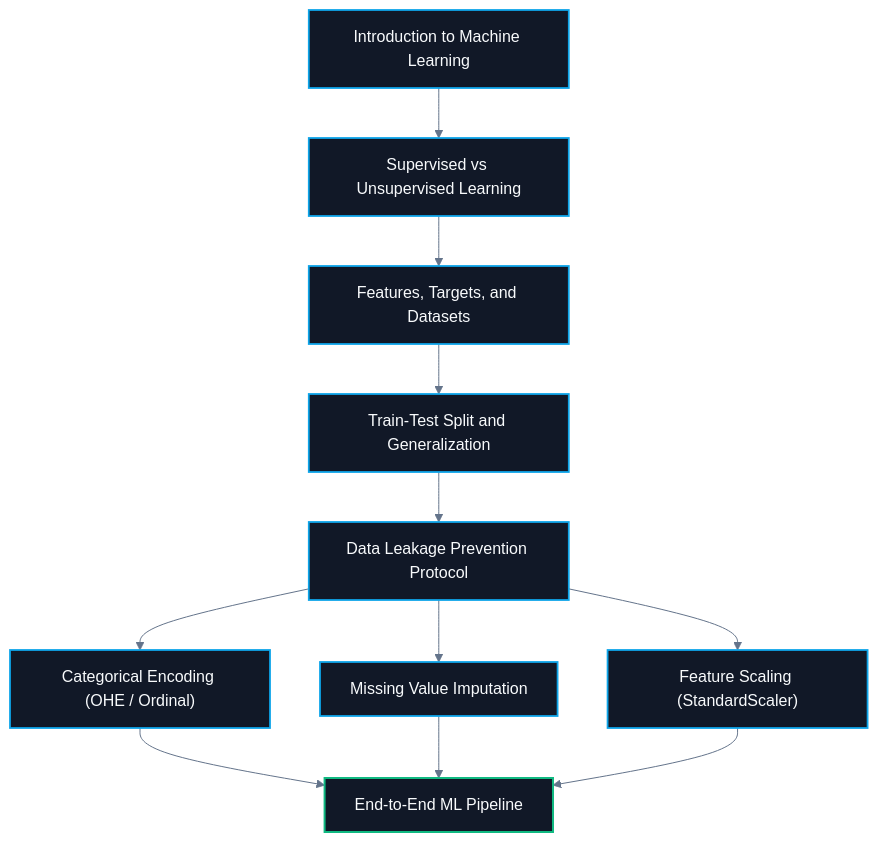
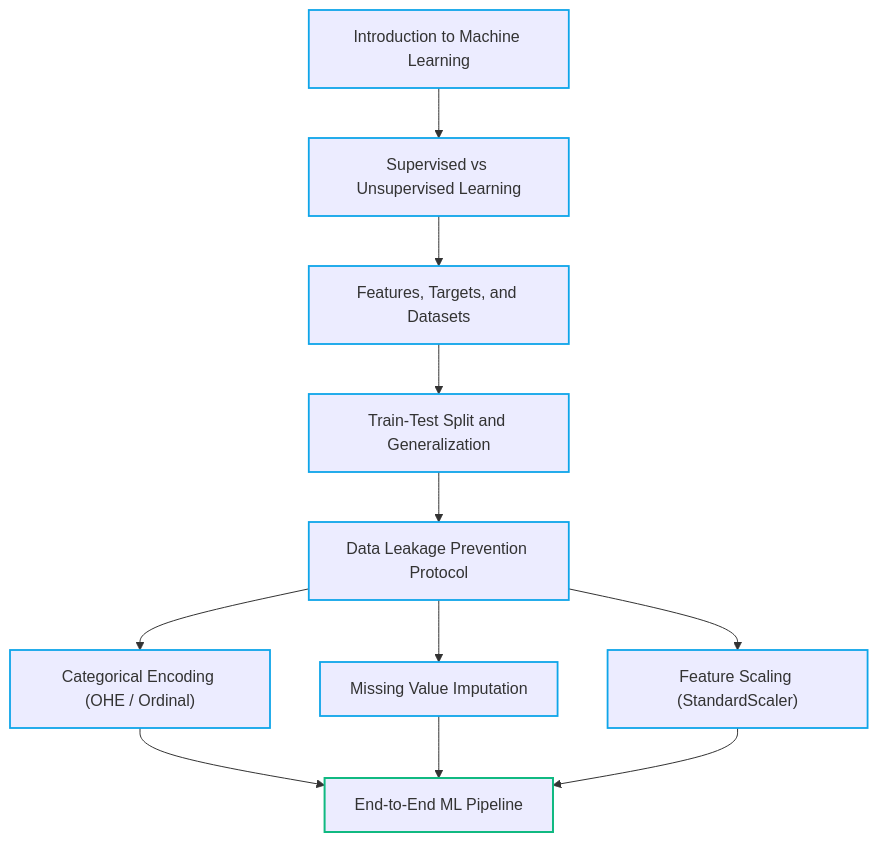
Before and after one commit to abhinavbharti2345/CS_Notes: the second of 2 diagrams in CS/AI & ML/00. AI & ML Nexus.md, drawn with Mermaid. The commit also changed other lines of this file and 91 other files, not shown here.

````diff
--- a/CS/AI & ML/00. AI & ML Nexus.md
+++ b/CS/AI & ML/00. AI & ML Nexus.md
@@ -66,21 +65,20 @@
 ```mermaid
-%%{init: {'theme': 'base', 'themeVariables': { 'darkMode': true, 'background': '#0B0F14', 'mainBkg': '#111827', 'primaryColor': '#111827', 'primaryTextColor': '#F8FAFC', 'primaryBorderColor': '#38BDF8', 'lineColor': '#64748B', 'secondaryColor': '#0B0F14', 'tertiaryColor': '#0B0F14', 'clusterBkg': '#0B0F14', 'clusterBorder': '#38BDF8' }}}%%
 flowchart TD
     Intro["Introduction to Machine Learning"] --> Sup["Supervised vs Unsupervised Learning"]
     Sup --> Feat["Features, Targets, and Datasets"]
     Feat --> TTS["Train-Test Split and Generalization"]
     TTS --> Leak["Data Leakage Prevention Protocol"]
     
     Leak --> Cat["Categorical Encoding (OHE / Ordinal)"]
     Leak --> Imp["Missing Value Imputation"]
     Leak --> Scale["Feature Scaling (StandardScaler)"]
     
     Cat --> Pipe["End-to-End ML Pipeline"]
     Imp --> Pipe
     Scale --> Pipe
 
-    classDef f fill:#111827,stroke:#0ea5e9,stroke-width:1.8px,color:#F8FAFC;
-    classDef p fill:#111827,stroke:#10b981,stroke-width:2px,color:#F8FAFC;
+    classDef f stroke:#0ea5e9,stroke-width:1.8px;
+    classDef p stroke:#10b981,stroke-width:2px;
     class Intro,Sup,Feat,TTS,Leak,Cat,Imp,Scale f;
     class Pipe p;
 ```
````
